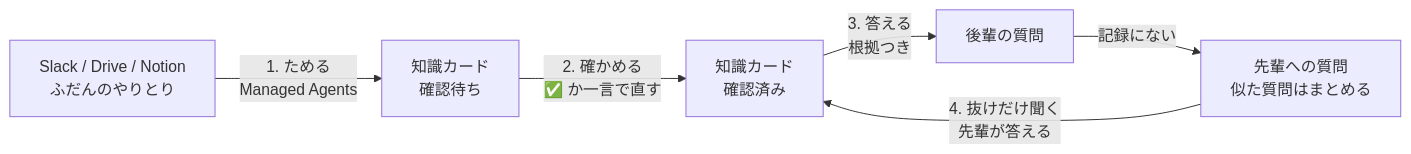
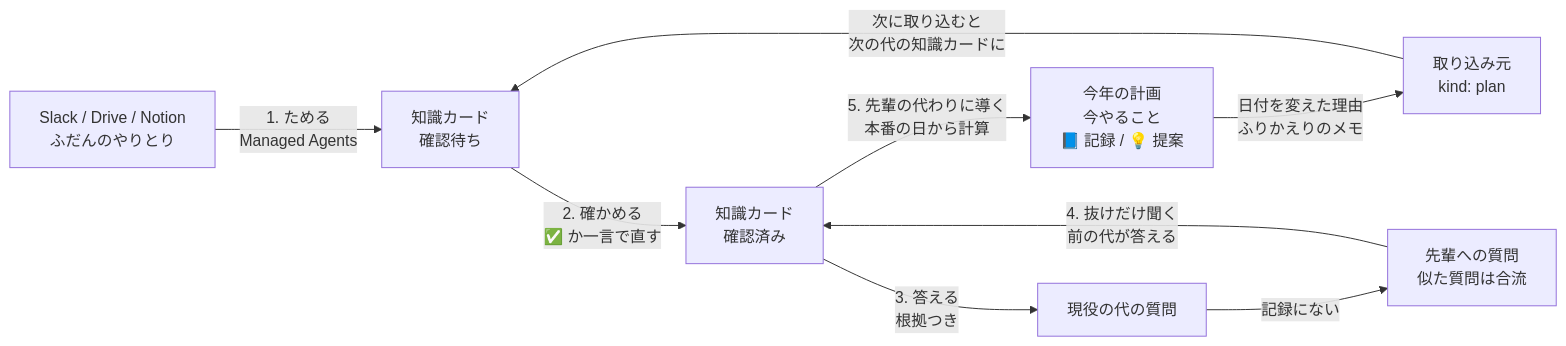
Before and after one commit to QwerTayu/senpai-note: the diagram in README.md, drawn with Mermaid. The commit also changed other lines of this file, not shown here.

````diff
--- a/README.md
+++ b/README.md
@@ -21,8 +37,11 @@
 ```mermaid
 flowchart LR
-  S[Slack / Drive / Notion<br>ふだんのやりとり] -->|1. ためる<br>Managed Agents| D[知識カード<br>確認待ち]
-  D -->|2. 確かめる<br>✅ か一言で直す| C[知識カード<br>確認済み]
-  C -->|3. 答える<br>根拠つき| K[後輩の質問]
-  K -->|記録にない| G[先輩への質問<br>似た質問はまとめる]
-  G -->|4. 抜けだけ聞く<br>先輩が答える| C
+  S["Slack / Drive / Notion<br>ふだんのやりとり"] -->|"1. ためる<br>Managed Agents"| D["知識カード<br>確認待ち"]
+  D -->|"2. 確かめる<br>✅ か一言で直す"| C["知識カード<br>確認済み"]
+  C -->|"5. 先輩の代わりに導く<br>本番の日から計算"| P["今年の計画<br>今やること<br>📘 記録 / 💡 提案"]
+  P -->|"日付を変えた理由<br>ふりかえりのメモ"| R["取り込み元<br>kind: plan"]
+  R -->|"次に取り込むと<br>次の代の知識カードに"| D
+  C -->|"3. 答える<br>根拠つき"| K["現役の代の質問"]
+  K -->|"記録にない"| G["先輩への質問<br>似た質問は合流"]
+  G -->|"4. 抜けだけ聞く<br>前の代が答える"| C
 ```
````
